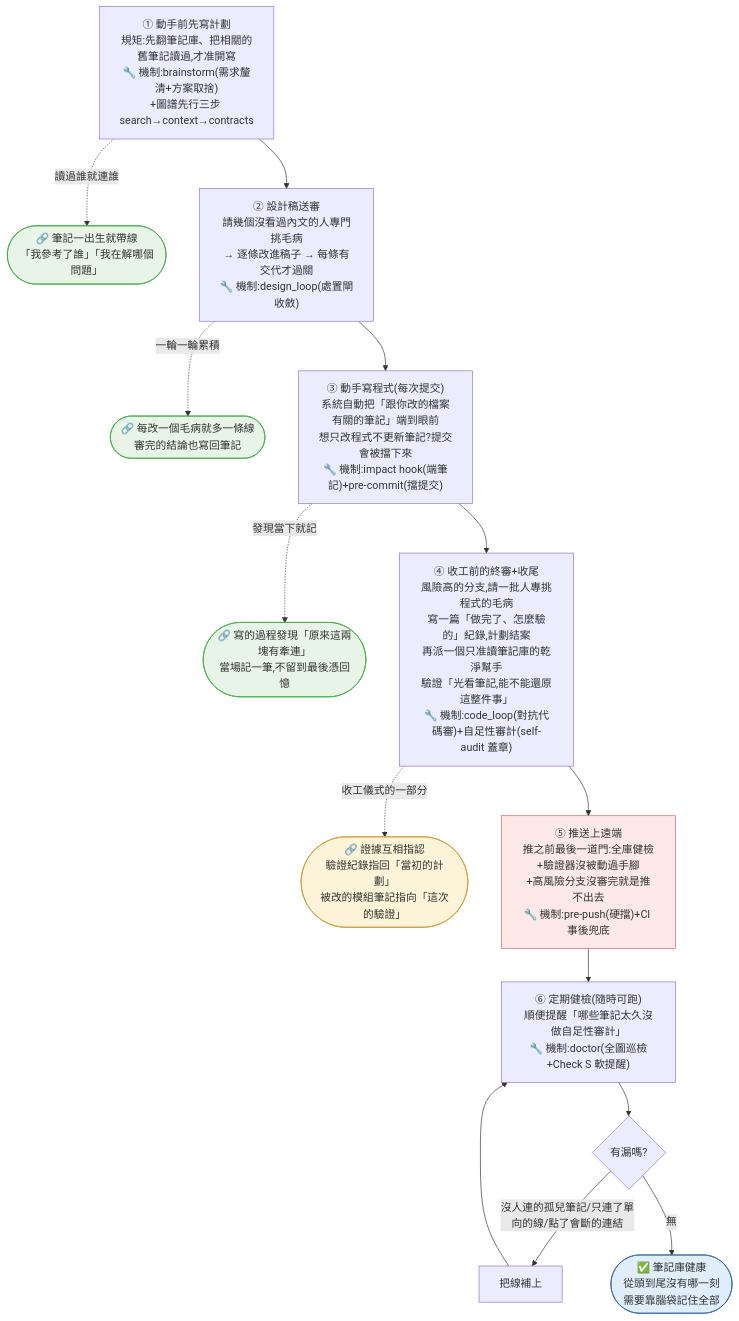
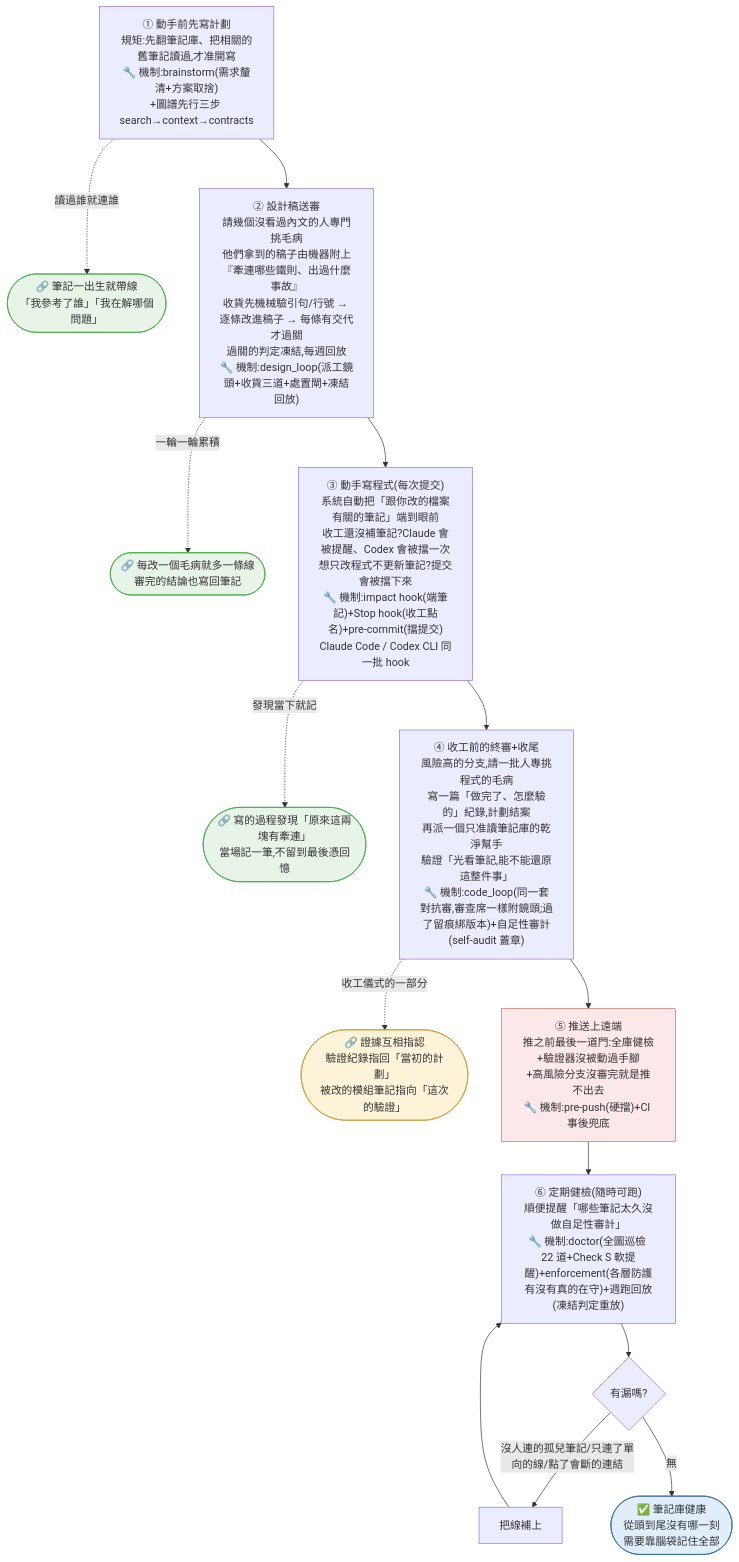
Before and after one commit to EnzoHsieh-Android/Lumos: the diagram in docs/lumos-toolchain-knowledge/Systems/開發工作流總覽.md, drawn with Mermaid. The commit also changed other lines of this file and 4 other files, not shown here.

First line of the commit message:
docs(架構圖): 四張圖跟上 08-26~09-05 的迴圈基建與兩家 harness——ARCHITECTURE 新 §5 良性循環圖(節點→鏡頭→席位→收貨→折入→處置帳→處置閘→凍結→寫回)、§1-4 補 governance/探針/AGENTS/lumos_reviewer/SessionStart/dispatch-lens、腐化偵測標撤除、命令家族補 11 個;全景圖 ③ 改現行做法(不再金絲雀/連兩輪)+22 道+Codex;開發工作流總覽 FLOW/KEY/圖/表;圖譜即合約 表補 8 列、L3 標撤除;對外論述補記

````diff
--- a/docs/lumos-toolchain-knowledge/Systems/開發工作流總覽.md
+++ b/docs/lumos-toolchain-knowledge/Systems/開發工作流總覽.md
@@ -33,34 +34,34 @@
 ```mermaid
 flowchart TD
     A["① 動手前先寫計劃<br/>規矩:先翻筆記庫、把相關的舊筆記讀過,才准開寫<br/>🔧 機制:brainstorm(需求釐清+方案取捨)<br/>+圖譜先行三步 search→context→contracts"]
     A1(["🔗 筆記一出生就帶線<br/>「我參考了誰」「我在解哪個問題」"])
     A -.->|讀過誰就連誰| A1
 
-    A --> B["② 設計稿送審<br/>請幾個沒看過內文的人專門挑毛病<br/>→ 逐條改進稿子 → 每條有交代才過關<br/>🔧 機制:design_loop(處置閘收斂)"]
+    A --> B["② 設計稿送審<br/>請幾個沒看過內文的人專門挑毛病<br/>他們拿到的稿子由機器附上『牽連哪些鐵則、出過什麼事故』<br/>收貨先機械驗引句/行號 → 逐條改進稿子 → 每條有交代才過關<br/>過關的判定凍結,每週回放<br/>🔧 機制:design_loop(派工鏡頭+收貨三道+處置閘+凍結回放)"]
     B1(["🔗 每改一個毛病就多一條線<br/>審完的結論也寫回筆記"])
     B -.->|一輪一輪累積| B1
 
-    B --> C["③ 動手寫程式(每次提交)<br/>系統自動把「跟你改的檔案有關的筆記」端到眼前<br/>想只改程式不更新筆記?提交會被擋下來<br/>🔧 機制:impact hook(端筆記)+pre-commit(擋提交)"]
+    B --> C["③ 動手寫程式(每次提交)<br/>系統自動把「跟你改的檔案有關的筆記」端到眼前<br/>收工還沒補筆記?Claude 會被提醒、Codex 會被擋一次<br/>想只改程式不更新筆記?提交會被擋下來<br/>🔧 機制:impact hook(端筆記)+Stop hook(收工點名)+pre-commit(擋提交)<br/>Claude Code / Codex CLI 同一批 hook"]
     C1(["🔗 寫的過程發現「原來這兩塊有牽連」<br/>當場記一筆,不留到最後憑回憶"])
     C -.->|發現當下就記| C1
 
-    C --> D["④ 收工前的終審+收尾<br/>風險高的分支,請一批人專挑程式的毛病<br/>寫一篇「做完了、怎麼驗的」紀錄,計劃結案<br/>再派一個只准讀筆記庫的乾淨幫手<br/>驗證「光看筆記,能不能還原這整件事」<br/>🔧 機制:code_loop(對抗代碼審)+自足性審計(self-audit 蓋章)"]
+    C --> D["④ 收工前的終審+收尾<br/>風險高的分支,請一批人專挑程式的毛病<br/>寫一篇「做完了、怎麼驗的」紀錄,計劃結案<br/>再派一個只准讀筆記庫的乾淨幫手<br/>驗證「光看筆記,能不能還原這整件事」<br/>🔧 機制:code_loop(同一套對抗審,審查席一樣附鏡頭;過了留痕綁版本)+自足性審計(self-audit 蓋章)"]
     D1(["🔗 證據互相指認<br/>驗證紀錄指回「當初的計劃」<br/>被改的模組筆記指向「這次的驗證」"])
     D -.->|收工儀式的一部分| D1
 
     D --> P["⑤ 推送上遠端<br/>推之前最後一道門:全庫健檢+驗證器沒被動過手腳<br/>+高風險分支沒審完就是推不出去<br/>🔧 機制:pre-push(硬擋)+CI 事後兜底"]
 
-    P --> E["⑥ 定期健檢(隨時可跑)<br/>順便提醒「哪些筆記太久沒做自足性審計」<br/>🔧 機制:doctor(全圖巡檢+Check S 軟提醒)"]
+    P --> E["⑥ 定期健檢(隨時可跑)<br/>順便提醒「哪些筆記太久沒做自足性審計」<br/>🔧 機制:doctor(全圖巡檢 22 道+Check S 軟提醒)+enforcement(各層防護有沒有真的在守)+週跑回放(凍結判定重放)"]
     F{"有漏嗎?"}
     E --> F
     F -->|"沒人連的孤兒筆記/只連了單向的線/點了會斷的連結"| G["把線補上"]
     G --> E
     F -->|無| H(["✅ 筆記庫健康<br/>從頭到尾沒有哪一刻<br/>需要靠腦袋記住全部"])
 
     style A1 fill:#e8f4e8,stroke:#4a4,color:#333
     style B1 fill:#e8f4e8,stroke:#4a4,color:#333
     style C1 fill:#e8f4e8,stroke:#4a4,color:#333
     style D1 fill:#fdf3d8,stroke:#c93,color:#333
     style P fill:#fce8e8,stroke:#c66,color:#333
     style H fill:#e0eefc,stroke:#369,color:#333
 ```
````
